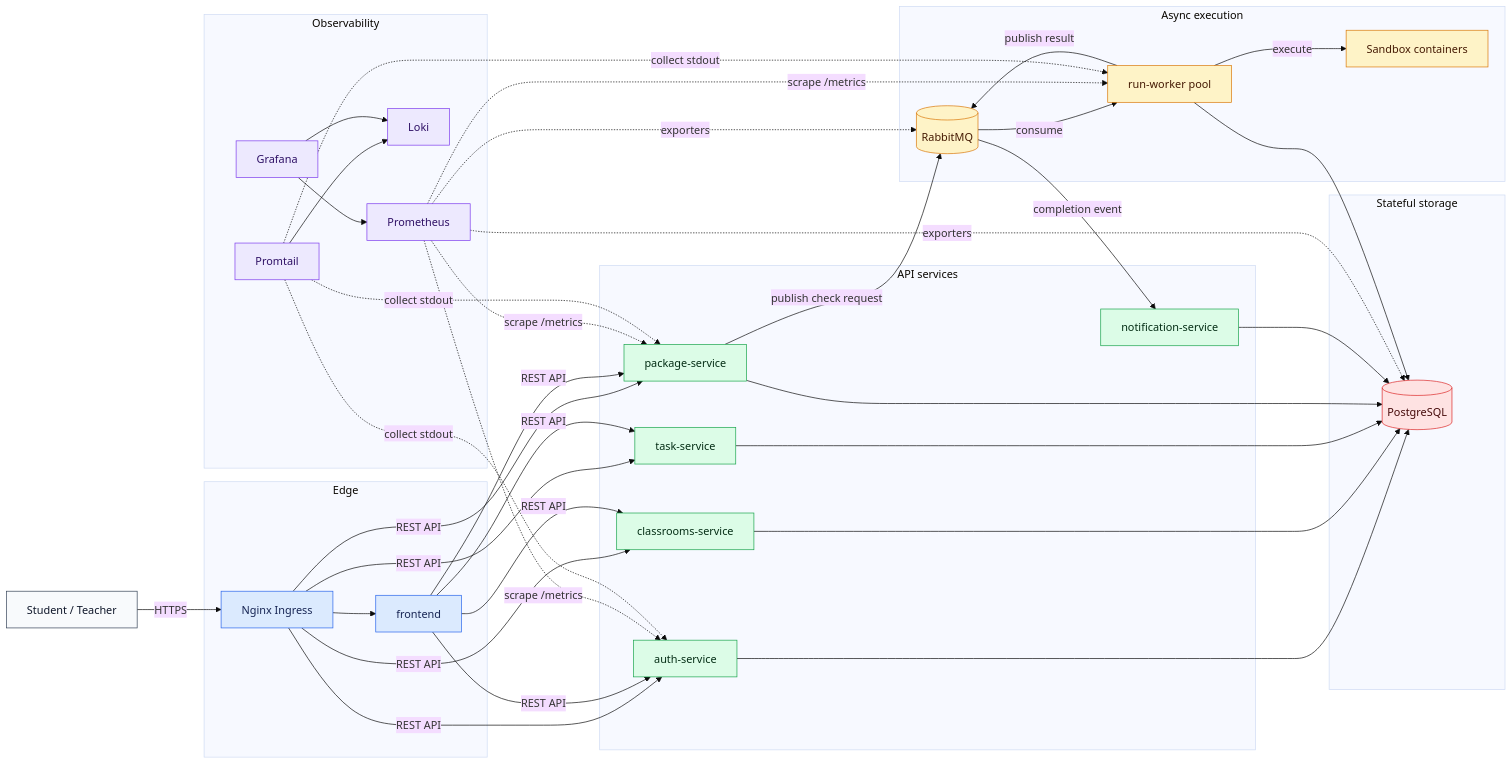
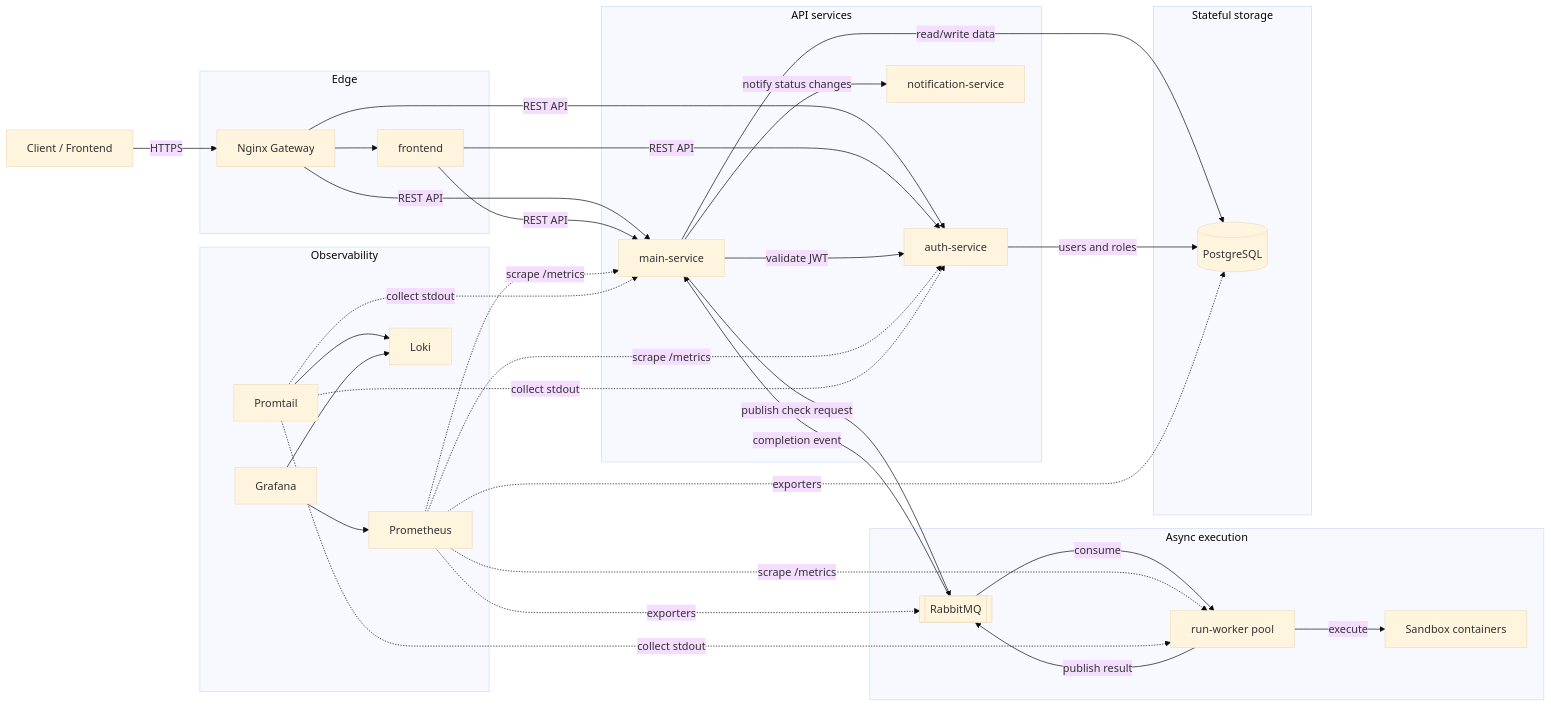
The first of 2 diagrams in docs/sre-architecture.md (Sunboys-HITs/docs), drawn with Mermaid (base theme) before and after one commit. The commit also changed other lines of this file, not shown here.

Commit message:
Refactor SRE architecture diagram for improved clarity and update service names in documentation

````diff
--- a/docs/sre-architecture.md
+++ b/docs/sre-architecture.md
@@ -39,28 +39,26 @@
 ```mermaid
 flowchart LR
-    user["Student / Teacher"]
+    user["Client / Frontend"]
 
     subgraph edge["Edge"]
-        ingress["Nginx Ingress"]
+        ingress["Nginx Gateway"]
         frontend["frontend"]
     end
 
     subgraph api["API services"]
         auth["auth-service"]
-        classrooms["classrooms-service"]
-        task["task-service"]
-        package["package-service"]
+        main["main-service"]
         notification["notification-service"]
     end
 
     subgraph async["Async execution"]
-        rabbit[("RabbitMQ")]
+        rabbit[["RabbitMQ"]]
         workers["run-worker pool"]
         sandbox["Sandbox containers"]
     end
 
     subgraph storage["Stateful storage"]
-        postgres[("PostgreSQL")]
+        db[("PostgreSQL")]
     end
 
     subgraph observe["Observability"]
@@ -73,51 +71,30 @@
     user -->|"HTTPS"| ingress
     ingress --> frontend
     ingress -->|"REST API"| auth
-    ingress -->|"REST API"| classrooms
-    ingress -->|"REST API"| task
-    ingress -->|"REST API"| package
+    ingress -->|"REST API"| main
 
     frontend -->|"REST API"| auth
-    frontend -->|"REST API"| classrooms
-    frontend -->|"REST API"| task
-    frontend -->|"REST API"| package
+    frontend -->|"REST API"| main
 
-    package -->|"publish check request"| rabbit
+    main -->|"validate JWT"| auth
+    main -->|"read/write data"| db
+    auth -->|"users and roles"| db
+    main -->|"publish check request"| rabbit
     rabbit -->|"consume"| workers
     workers -->|"execute"| sandbox
     workers -->|"publish result"| rabbit
-    rabbit -->|"completion event"| notification
-
-    auth --> postgres
-    classrooms --> postgres
-    task --> postgres
-    package --> postgres
-    workers --> postgres
-    notification --> postgres
+    rabbit -->|"completion event"| main
+    main -->|"notify status changes"| notification
 
     prometheus -. "scrape /metrics" .-> auth
-    prometheus -. "scrape /metrics" .-> package
+    prometheus -. "scrape /metrics" .-> main
     prometheus -. "scrape /metrics" .-> workers
     prometheus -. "exporters" .-> rabbit
-    prometheus -. "exporters" .-> postgres
+    prometheus -. "exporters" .-> db
     grafana --> prometheus
     promtail -. "collect stdout" .-> auth
-    promtail -. "collect stdout" .-> package
+    promtail -. "collect stdout" .-> main
     promtail -. "collect stdout" .-> workers
     promtail --> loki
     grafana --> loki
-
-    classDef external fill:#f8fafc,stroke:#334155,color:#0f172a
-    classDef edgeClass fill:#dbeafe,stroke:#2563eb,color:#172554
-    classDef service fill:#dcfce7,stroke:#16a34a,color:#052e16
-    classDef asyncClass fill:#fef3c7,stroke:#d97706,color:#451a03
-    classDef data fill:#fee2e2,stroke:#dc2626,color:#450a0a
-    classDef obs fill:#ede9fe,stroke:#7c3aed,color:#2e1065
-
-    class user external
-    class ingress,frontend edgeClass
-    class auth,classrooms,task,package,notification service
-    class rabbit,workers,sandbox asyncClass
-    class postgres data
-    class prometheus,grafana,promtail,loki obs
 ```
````
